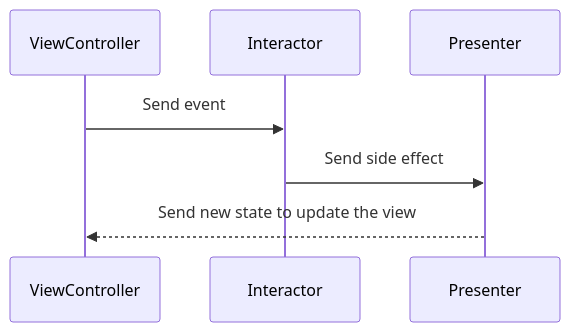
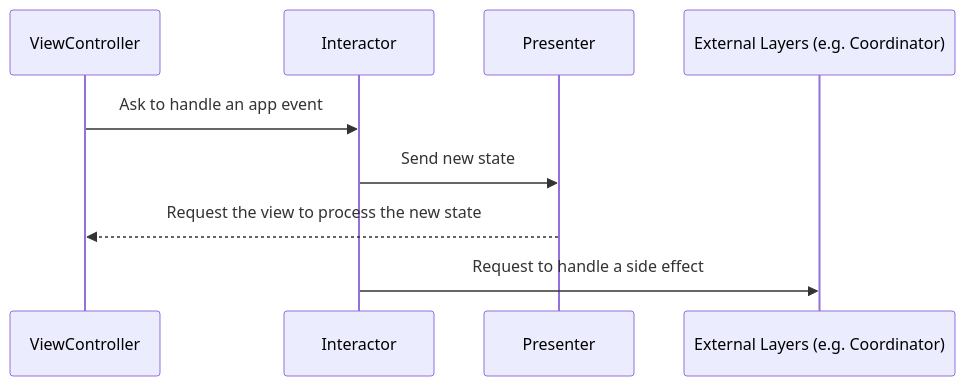
Before and after one commit to pedrohgsilveira/Processo-Seletivo-iFood: the diagram in README.md, drawn with Mermaid. The commit also changed other lines of this file and 1 other file, not shown here.

````diff
--- a/README.md
+++ b/README.md
@@ -13,9 +13,11 @@
 ```mermaid
 sequenceDiagram
     participant ViewController
     participant Interactor
     participant Presenter
-    ViewController->>Interactor: Send event
-    Interactor->>Presenter: Send side effect
-    Presenter-->>ViewController: Send new state to update the view
+    participant External Layers (e.g. Coordinator)
+    ViewController->>Interactor: Ask to handle an app event
+    Interactor->>Presenter: Send new state
+    Presenter-->>ViewController: Request the view to process the new state
+    Interactor->>External Layers (e.g. Coordinator): Request to handle a side effect
 ```
````
